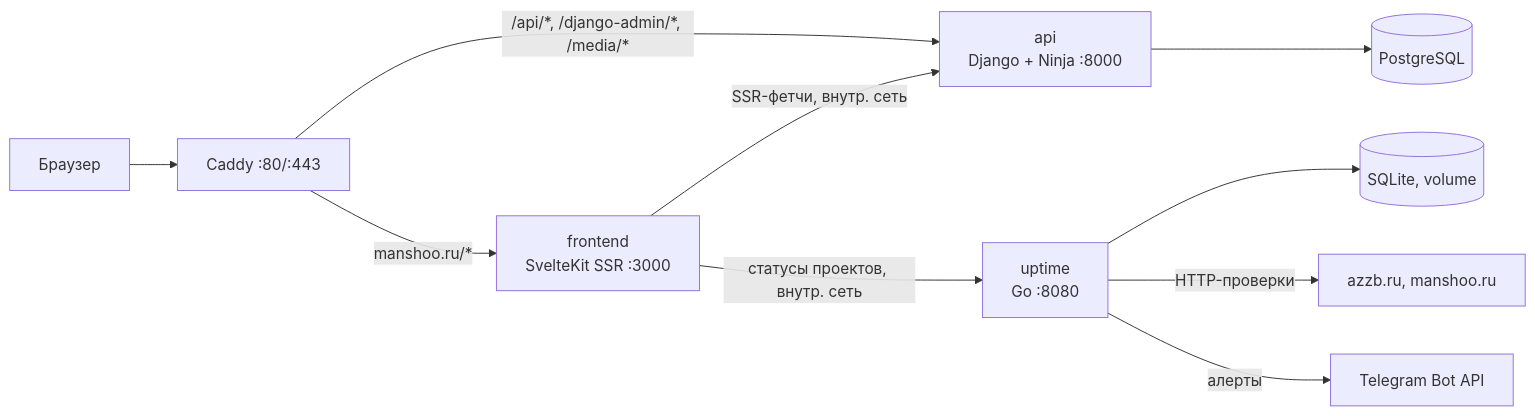
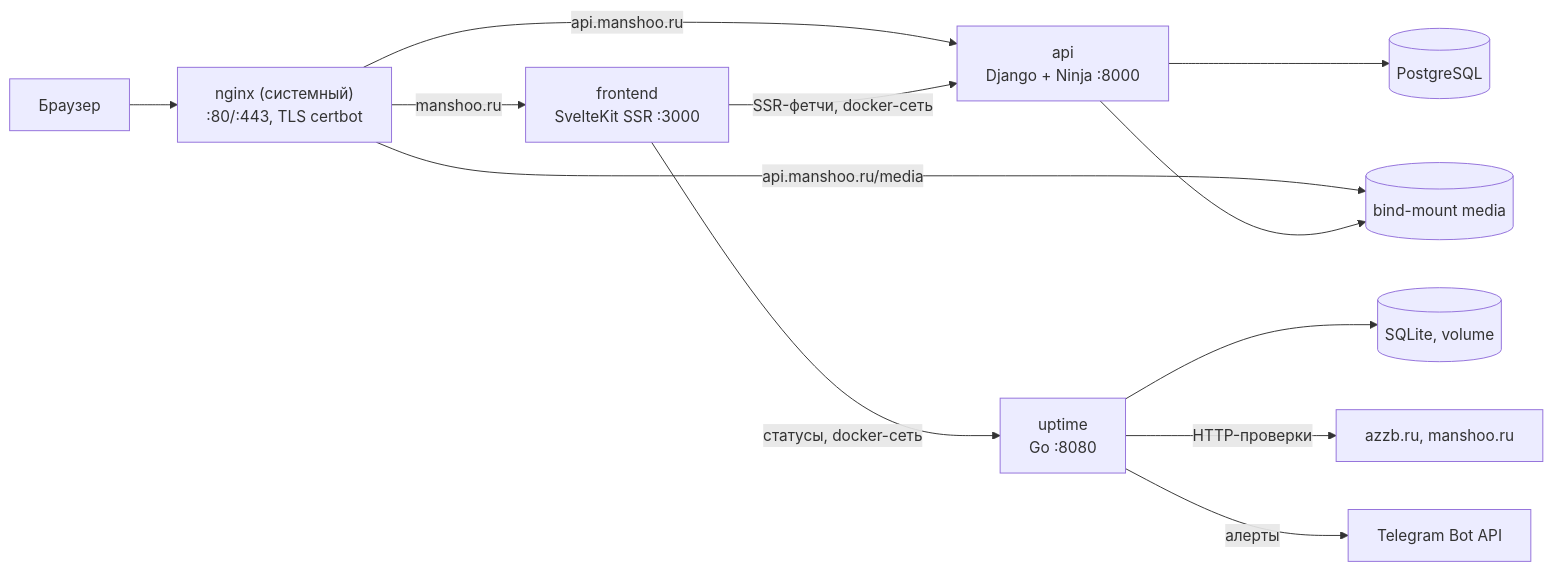
One commit to Manshooo/manshoo.ru changed the diagram in docs/01-architecture.md. Above: the diagram before and after it, drawn with Mermaid. The commit also changed other lines of this file and 51 other files, not shown here.

````diff
--- a/docs/01-architecture.md
+++ b/docs/01-architecture.md
@@ -7,15 +7,18 @@
 ```mermaid
 flowchart LR
-    U[Браузер] --> C[Caddy :80/:443]
-    C -->|manshoo.ru/*| F["frontend
+    U[Браузер] --> N["nginx (системный)
+    :80/:443, TLS certbot"]
+    N -->|manshoo.ru| F["frontend
     SvelteKit SSR :3000"]
-    C -->|/api/*, /django-admin/*, /media/*| A["api
+    N -->|api.manshoo.ru| A["api
     Django + Ninja :8000"]
-    F -->|SSR-фетчи, внутр. сеть| A
-    F -->|статусы проектов, внутр. сеть| UP["uptime
+    N -->|api.manshoo.ru/media| M[(bind-mount media)]
+    F -->|SSR-фетчи, docker-сеть| A
+    F -->|статусы, docker-сеть| UP["uptime
     Go :8080"]
     A --> P[(PostgreSQL)]
+    A --> M
     UP --> S[(SQLite, volume)]
     UP -->|HTTP-проверки| EXT[azzb.ru, manshoo.ru]
     UP -->|алерты| TG[Telegram Bot API]
 ```
````
